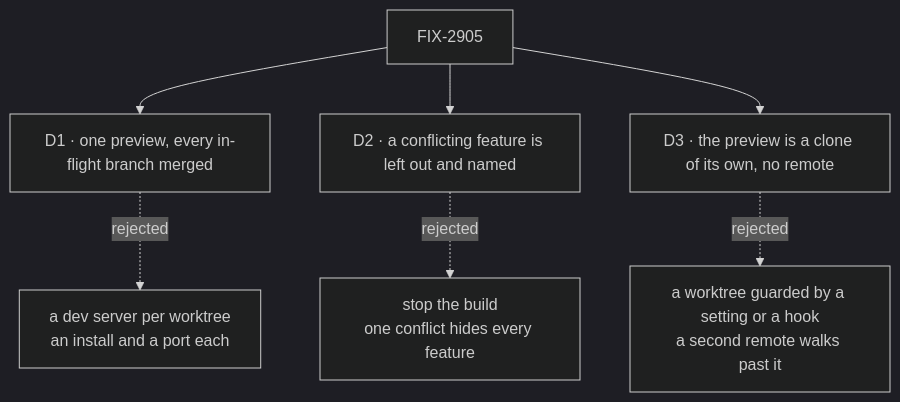
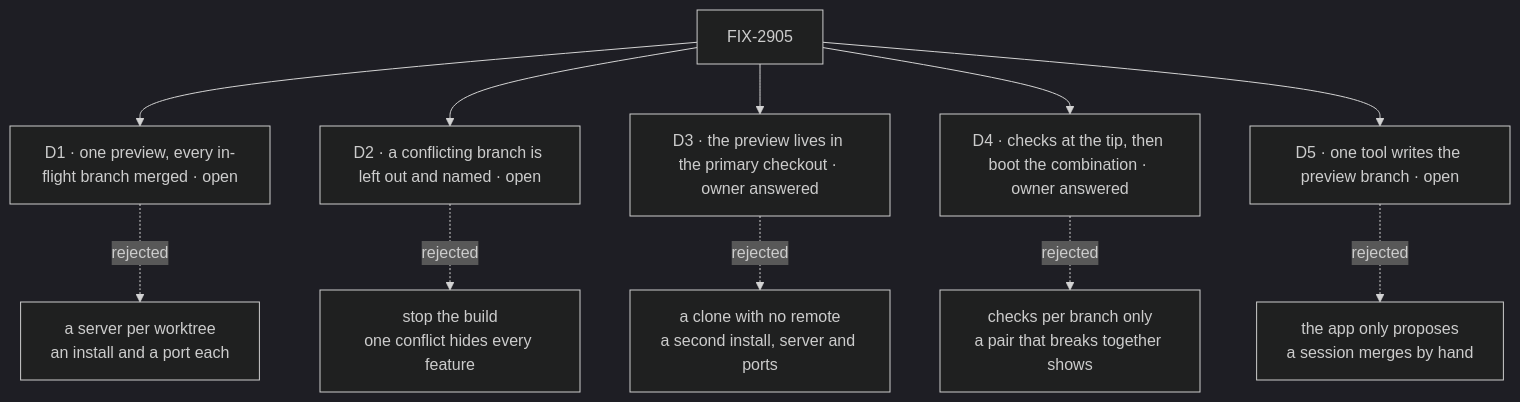
Before and after one commit to fixpoint-labs/flow-state-dev: the diagram in specs/issues/FIX-2905/DECISIONS.md, drawn with Mermaid (dark theme). The commit also changed other lines of this file and 8 other files, not shown here.

First line of the commit message:
spec(FIX-2905): preview in the primary checkout, gated on checks and a boot

````diff
--- a/specs/issues/FIX-2905/DECISIONS.md
+++ b/specs/issues/FIX-2905/DECISIONS.md
@@ -9,9 +9,13 @@
 ```mermaid
 flowchart TD
-  I["FIX-2905"] --> D1["D1 · one preview, every in-flight branch merged"]
-  D1 -.->|"rejected"| X1["a dev server per worktree<br/>an install and a port each"]
-  I --> D2["D2 · a conflicting feature is left out and named"]
+  I["FIX-2905"] --> D1["D1 · one preview, every in-flight branch merged · open"]
+  D1 -.->|"rejected"| X1["a server per worktree<br/>an install and a port each"]
+  I --> D2["D2 · a conflicting branch is left out and named · open"]
   D2 -.->|"rejected"| X2["stop the build<br/>one conflict hides every feature"]
-  I --> D3["D3 · the preview is a clone of its own, no remote"]
-  D3 -.->|"rejected"| X3["a worktree guarded by a setting or a hook<br/>a second remote walks past it"]
+  I --> D3["D3 · the preview lives in the primary checkout · owner answered"]
+  D3 -.->|"rejected"| X3["a clone with no remote<br/>a second install, server and ports"]
+  I --> D4["D4 · checks at the tip, then boot the combination · owner answered"]
+  D4 -.->|"rejected"| X4["checks per branch only<br/>a pair that breaks together shows"]
+  I --> D5["D5 · one tool writes the preview branch · open"]
+  D5 -.->|"rejected"| X5["the app only proposes<br/>a session merges by hand"]
 ```
````
